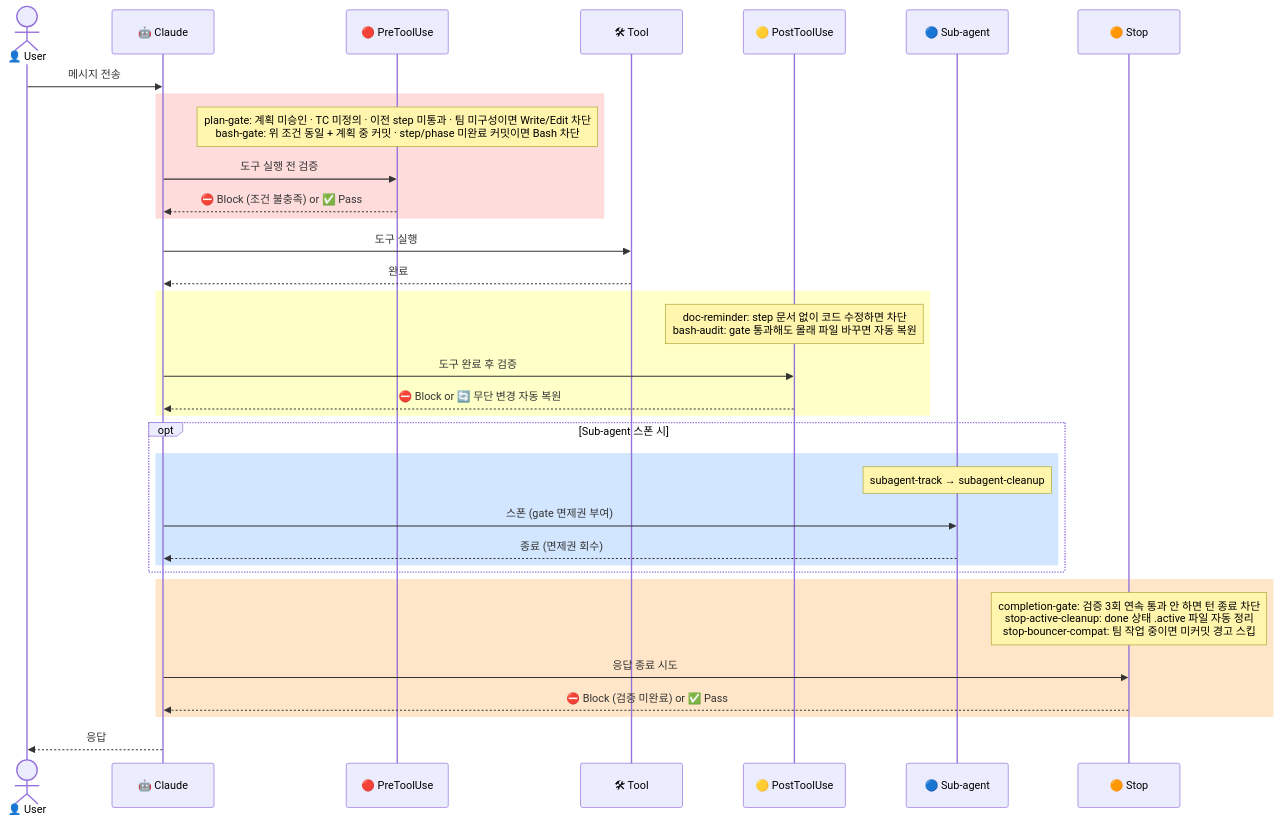
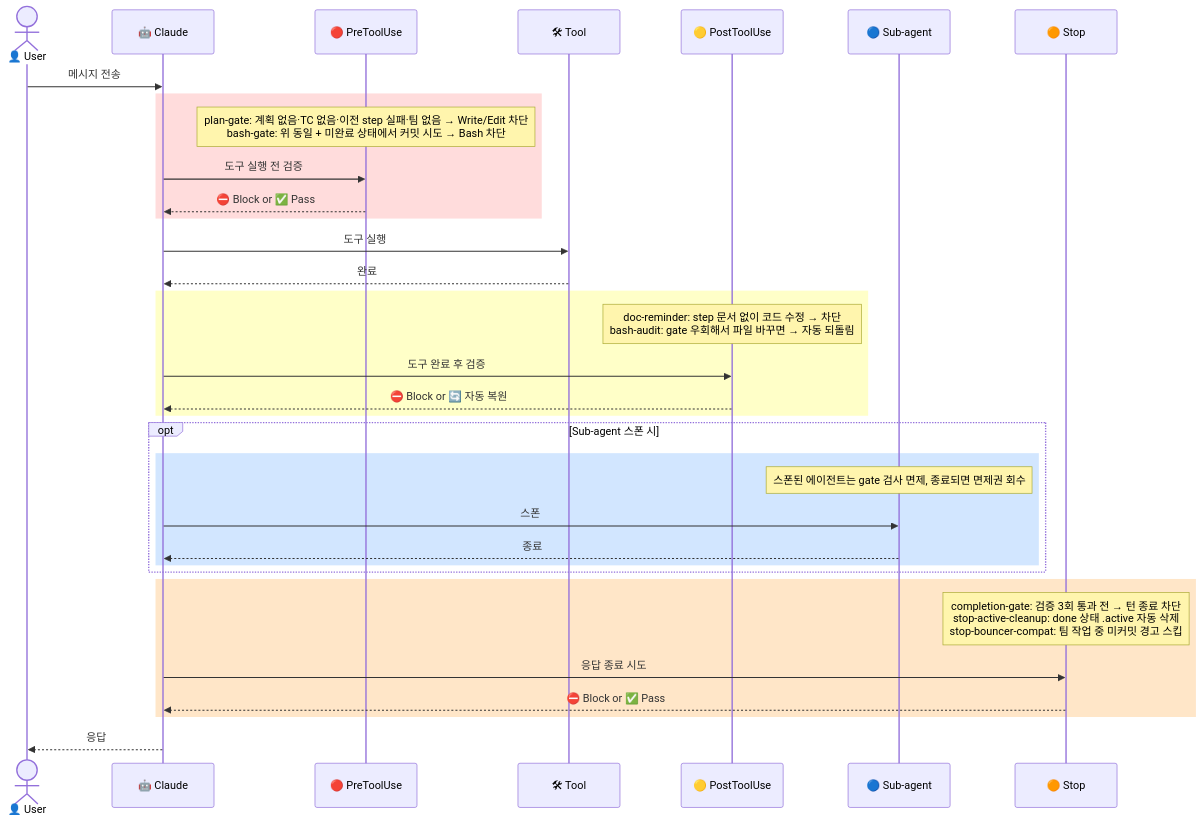
Before and after one commit to kangraemin/ai-bouncer: the diagram in docs/hooks-lifecycle.md, drawn with Mermaid.

Commit message:
docs: 다이어그램 note 문구 간결화 + subagent 설명 보강

````diff
--- a/docs/hooks-lifecycle.md
+++ b/docs/hooks-lifecycle.md
@@ -25,43 +25,43 @@
 ```mermaid
 sequenceDiagram
     actor U as 👤 User
     participant C as 🤖 Claude
     participant PRE as 🔴 PreToolUse
     participant T as 🛠 Tool
     participant POST as 🟡 PostToolUse
     participant SUB as 🔵 Sub-agent
     participant STP as 🟠 Stop
 
     U->>C: 메시지 전송
 
     rect rgb(255, 220, 220)
-        note over PRE: plan-gate: 계획 미승인 · TC 미정의 · 이전 step 미통과 · 팀 미구성이면 Write/Edit 차단<br/>bash-gate: 위 조건 동일 + 계획 중 커밋 · step/phase 미완료 커밋이면 Bash 차단
+        note over PRE: plan-gate: 계획 없음·TC 없음·이전 step 실패·팀 없음 → Write/Edit 차단<br/>bash-gate: 위 동일 + 미완료 상태에서 커밋 시도 → Bash 차단
         C->>PRE: 도구 실행 전 검증
-        PRE-->>C: ⛔ Block (조건 불충족) or ✅ Pass
+        PRE-->>C: ⛔ Block or ✅ Pass
     end
 
     C->>T: 도구 실행
     T-->>C: 완료
 
     rect rgb(255, 255, 200)
-        note over POST: doc-reminder: step 문서 없이 코드 수정하면 차단<br/>bash-audit: gate 통과해도 몰래 파일 바꾸면 자동 복원
+        note over POST: doc-reminder: step 문서 없이 코드 수정 → 차단<br/>bash-audit: gate 우회해서 파일 바꾸면 → 자동 되돌림
         C->>POST: 도구 완료 후 검증
-        POST-->>C: ⛔ Block or 🔄 무단 변경 자동 복원
+        POST-->>C: ⛔ Block or 🔄 자동 복원
     end
 
     opt Sub-agent 스폰 시
         rect rgb(210, 230, 255)
-            note over SUB: subagent-track → subagent-cleanup
-            C->>SUB: 스폰 (gate 면제권 부여)
-            SUB-->>C: 종료 (면제권 회수)
+            note over SUB: 스폰된 에이전트는 gate 검사 면제, 종료되면 면제권 회수
+            C->>SUB: 스폰
+            SUB-->>C: 종료
         end
     end
 
     rect rgb(255, 230, 200)
-        note over STP: completion-gate: 검증 3회 연속 통과 안 하면 턴 종료 차단<br/>stop-active-cleanup: done 상태 .active 파일 자동 정리<br/>stop-bouncer-compat: 팀 작업 중이면 미커밋 경고 스킵
+        note over STP: completion-gate: 검증 3회 통과 전 → 턴 종료 차단<br/>stop-active-cleanup: done 상태 .active 자동 삭제<br/>stop-bouncer-compat: 팀 작업 중 미커밋 경고 스킵
         C->>STP: 응답 종료 시도
-        STP-->>C: ⛔ Block (검증 미완료) or ✅ Pass
+        STP-->>C: ⛔ Block or ✅ Pass
     end
 
     C-->>U: 응답
 ```
````
